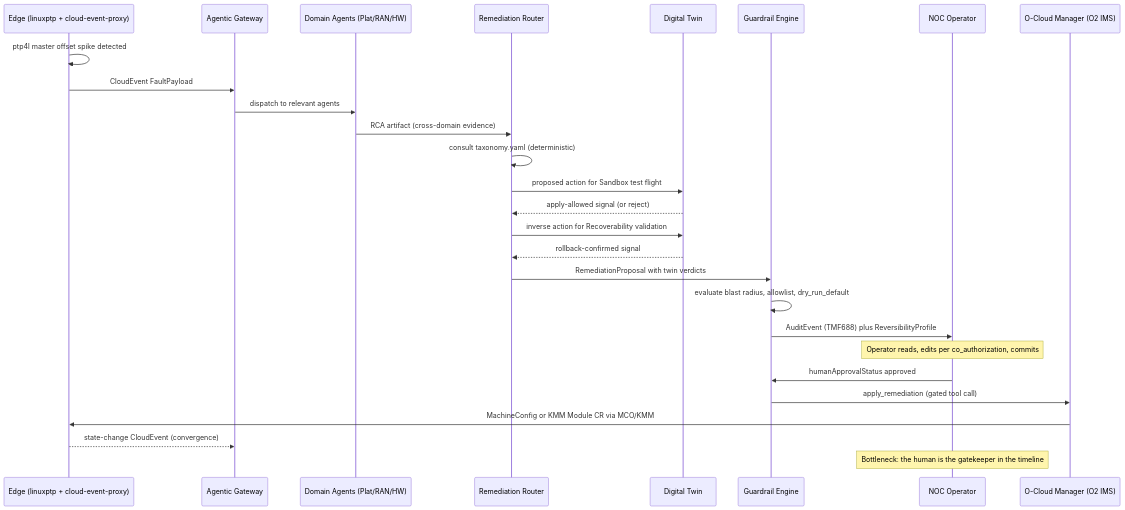
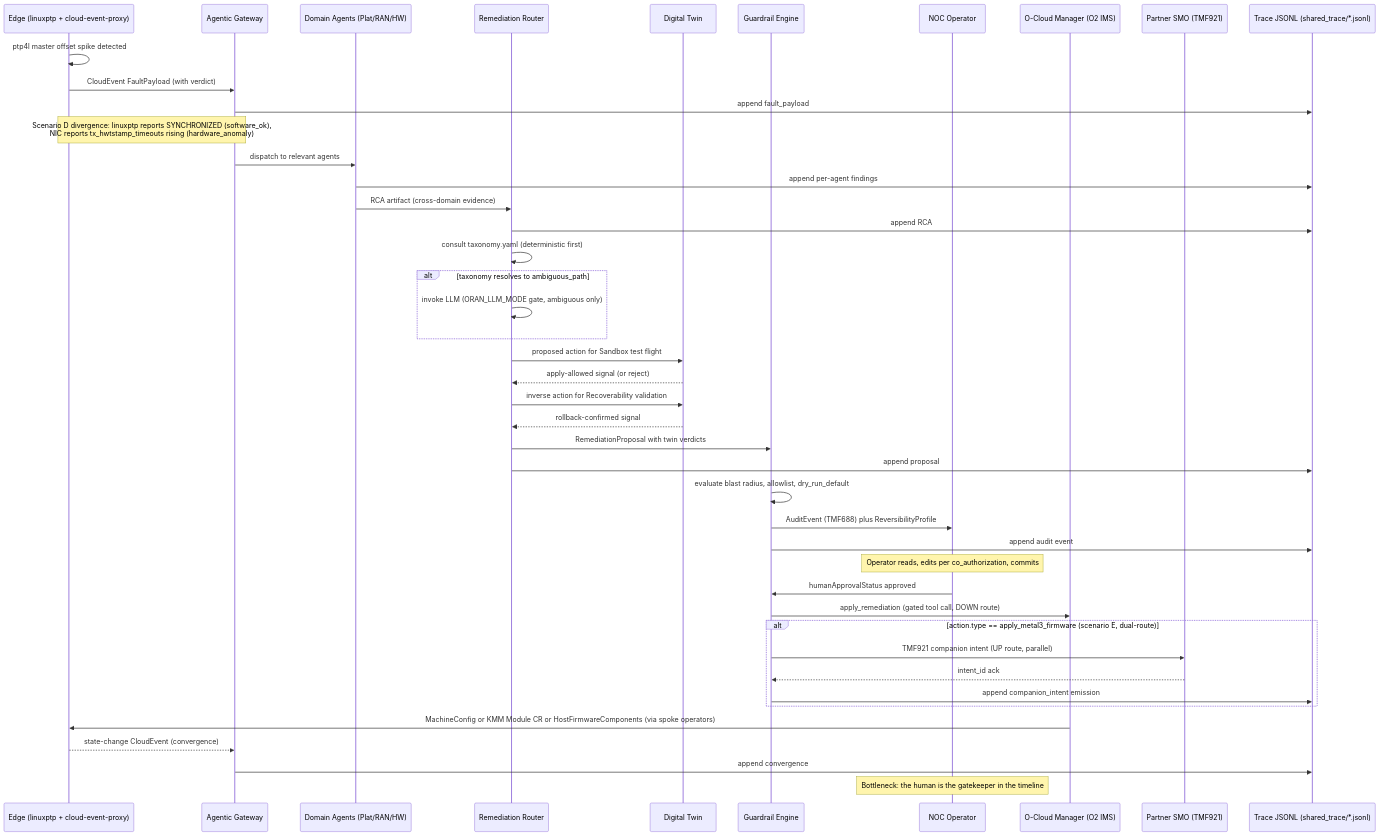
Before and after one commit to dkypuros/oran-agent-harness: the diagram in talk/sequence_anomaly_lifecycle.mmd, drawn with Mermaid. The commit also changed 7 other files, not shown here.

First line of the commit message:
Architecture diagrams v2, catch up to scenarios D/E and the new surfaces

```diff
--- a/talk/sequence_anomaly_lifecycle.mmd
+++ b/talk/sequence_anomaly_lifecycle.mmd
@@ -1,35 +1,54 @@
-%% sequence_anomaly_lifecycle.mmd
-%% A day in the life of a PTP anomaly. Shows the temporal flow from CloudEvent detection
-%% through twin-validated remediation to the operator commit and the apply call.
-%% The operator step (steps 13-14) is the bottleneck and the gating point. That is the
-%% architectural argument the talk's audience needs to see.
-%% Companion to talk/architecture.mmd (macro) and talk/trust_loop.md.
+%% sequence_anomaly_lifecycle.mmd v2
+%% v2 changes vs v1:
+%%   added Trace participant showing the shared_trace JSONL append per stage
+%%   added dual-route fan-out for node_firmware (parallel O2 IMS + TMF921 emission, scenario E)
+%%   added scenario D divergence annotation (software_ok vs hardware_anomaly verdict split)
+%% A day in the life of a PTP anomaly. Operator step (the commit) is the bottleneck and the
+%% gating point. That is the architectural argument the talk's audience needs to see.
+%% Companion to architecture.mmd (macro) and trust_loop.md.
 
 sequenceDiagram
     participant Edge as Edge (linuxptp + cloud-event-proxy)
     participant Gateway as Agentic Gateway
     participant Agents as Domain Agents (Plat/RAN/HW)
     participant Router as Remediation Router
     participant Twin as Digital Twin
     participant Guard as Guardrail Engine
     participant Op as NOC Operator
     participant OCloud as O-Cloud Manager (O2 IMS)
+    participant SMO as Partner SMO (TMF921)
+    participant Trace as Trace JSONL (shared_trace/*.jsonl)
 
     Edge->>Edge: ptp4l master offset spike detected
-    Edge->>Gateway: CloudEvent FaultPayload
+    Edge->>Gateway: CloudEvent FaultPayload (with verdict)
+    Gateway->>Trace: append fault_payload
+    Note over Edge,Gateway: Scenario D divergence: linuxptp reports SYNCHRONIZED (software_ok),<br/>NIC reports tx_hwtstamp_timeouts rising (hardware_anomaly)
     Gateway->>Agents: dispatch to relevant agents
+    Agents->>Trace: append per-agent findings
     Agents->>Router: RCA artifact (cross-domain evidence)
-    Router->>Router: consult taxonomy.yaml (deterministic)
+    Router->>Trace: append RCA
+    Router->>Router: consult taxonomy.yaml (deterministic first)
+    alt taxonomy resolves to ambiguous_path
+        Router->>Router: invoke LLM (ORAN_LLM_MODE gate, ambiguous only)
+    end
     Router->>Twin: proposed action for Sandbox test flight
     Twin-->>Router: apply-allowed signal (or reject)
     Router->>Twin: inverse action for Recoverability validation
     Twin-->>Router: rollback-confirmed signal
     Router->>Guard: RemediationProposal with twin verdicts
+    Router->>Trace: append proposal
     Guard->>Guard: evaluate blast radius, allowlist, dry_run_default
     Guard->>Op: AuditEvent (TMF688) plus ReversibilityProfile
+    Guard->>Trace: append audit event
     Note over Op: Operator reads, edits per co_authorization, commits
     Op->>Guard: humanApprovalStatus approved
-    Guard->>OCloud: apply_remediation (gated tool call)
-    OCloud->>Edge: MachineConfig or KMM Module CR via MCO/KMM
+    Guard->>OCloud: apply_remediation (gated tool call, DOWN route)
+    alt action.type == apply_metal3_firmware (scenario E, dual-route)
+        Guard->>SMO: TMF921 companion intent (UP route, parallel)
+        SMO-->>Guard: intent_id ack
+        Guard->>Trace: append companion_intent emission
+    end
+    OCloud->>Edge: MachineConfig or KMM Module CR or HostFirmwareComponents (via spoke operators)
     Edge-->>Gateway: state-change CloudEvent (convergence)
+    Gateway->>Trace: append convergence
     Note over Op: Bottleneck: the human is the gatekeeper in the timeline
```
